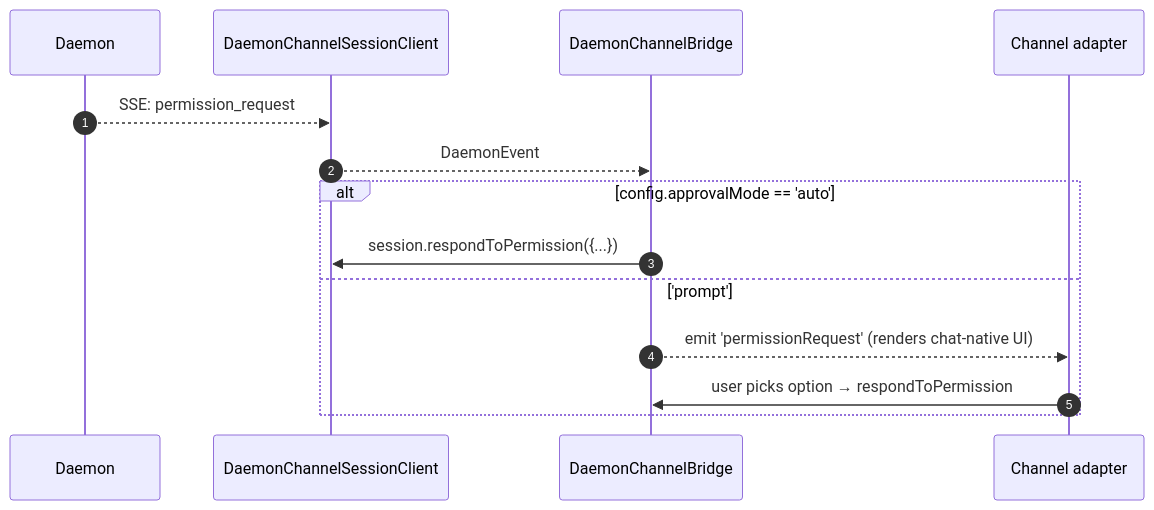
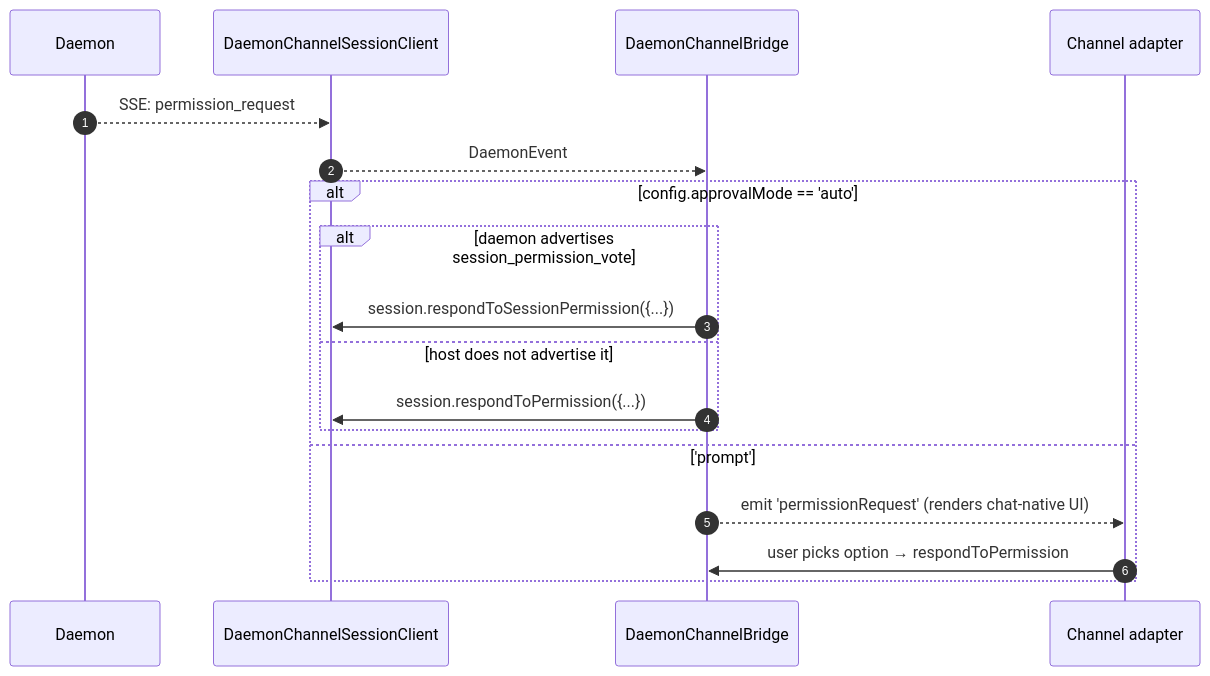
One commit to QwenLM/qwen-code-docs changed the third of 3 diagrams in website/content/en/developers/daemon/15-channel-adapters.md. Above: the diagram before and after it, drawn with Mermaid. The commit also changed 158 other files, not shown here.

````diff
--- a/website/content/en/developers/daemon/15-channel-adapters.md
+++ b/website/content/en/developers/daemon/15-channel-adapters.md
@@ -153,17 +153,21 @@
 ```mermaid
 sequenceDiagram
     autonumber
     participant D as Daemon
     participant SC as DaemonChannelSessionClient
     participant BR as DaemonChannelBridge
     participant AD as Channel adapter
 
     D-->>SC: SSE: permission_request
     SC-->>BR: DaemonEvent
     alt config.approvalMode == 'auto'
-        BR->>SC: session.respondToPermission({...})
+        alt daemon advertises session_permission_vote
+            BR->>SC: session.respondToSessionPermission({...})
+        else host does not advertise it
+            BR->>SC: session.respondToPermission({...})
+        end
     else 'prompt'
         BR-->>AD: emit 'permissionRequest' (renders chat-native UI)
         AD->>BR: user picks option → respondToPermission
     end
 ```
````
